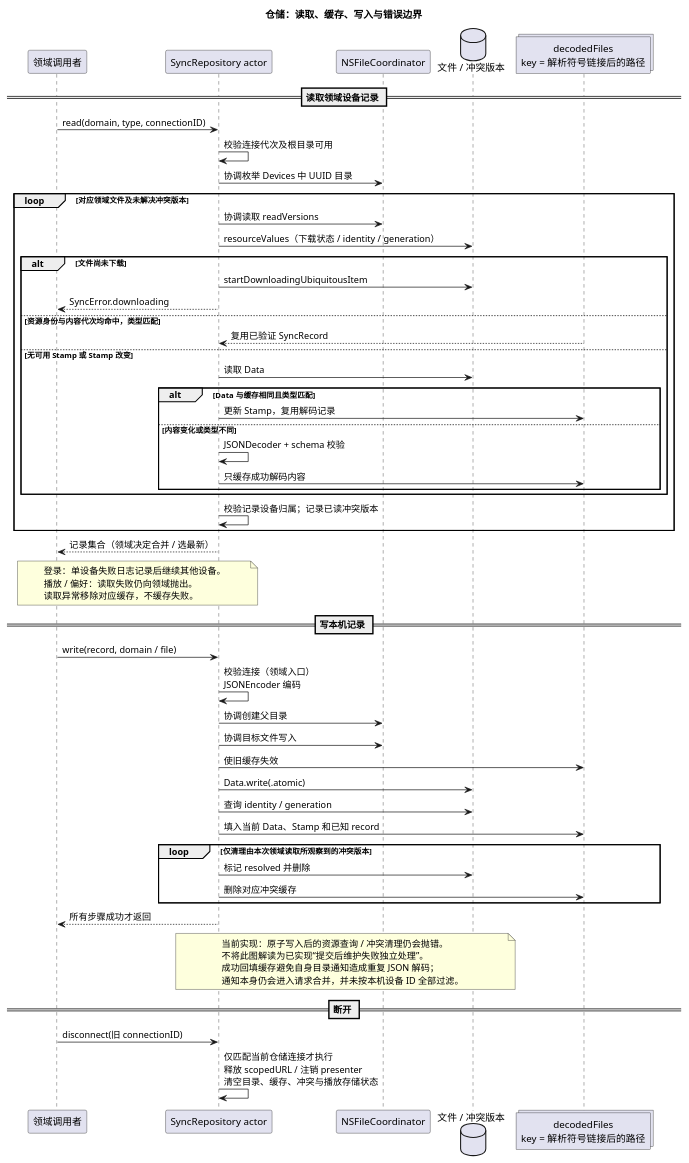
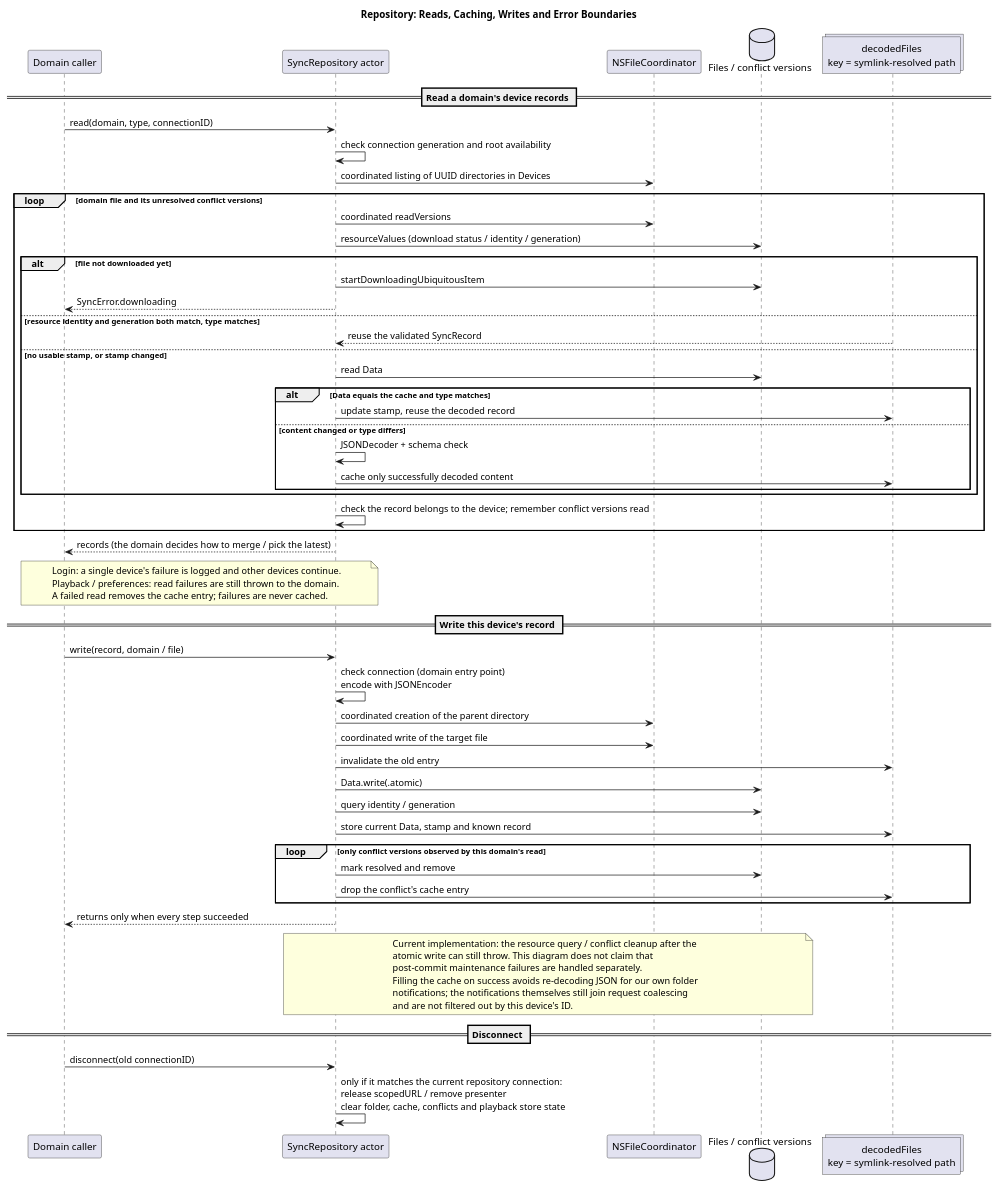
The diagram in docs/icloud-sync/repository.puml (Aut-B/kumone), drawn with PlantUML before and after one commit. The commit also changed 15 other files, not shown here.

Commit message:
docs(sync): translate sync diagrams to English

```diff
--- a/docs/icloud-sync/repository.puml
+++ b/docs/icloud-sync/repository.puml
@@ -1,66 +1,68 @@
 @startuml repository
-skinparam defaultFontName PingFang SC
+skinparam defaultFontName Helvetica
 skinparam shadowing false
-title 仓储：读取、缓存、写入与错误边界
+title Repository: Reads, Caching, Writes and Error Boundaries
 
-participant "领域调用者" as Domain
+participant "Domain caller" as Domain
 participant "SyncRepository actor" as Repo
 participant "NSFileCoordinator" as Coordinator
-database "文件 / 冲突版本" as File
-collections "decodedFiles\nkey = 解析符号链接后的路径" as Cache
+database "Files / conflict versions" as File
+collections "decodedFiles\nkey = symlink-resolved path" as Cache
 
-== 读取领域设备记录 ==
+== Read a domain's device records ==
 Domain -> Repo : read(domain, type, connectionID)
-Repo -> Repo : 校验连接代次及根目录可用
-Repo -> Coordinator : 协调枚举 Devices 中 UUID 目录
-loop 对应领域文件及未解决冲突版本
-  Repo -> Coordinator : 协调读取 readVersions
-  Repo -> File : resourceValues（下载状态 / identity / generation）
-  alt 文件尚未下载
+Repo -> Repo : check connection generation and root availability
+Repo -> Coordinator : coordinated listing of UUID directories in Devices
+loop domain file and its unresolved conflict versions
+  Repo -> Coordinator : coordinated readVersions
+  Repo -> File : resourceValues (download status / identity / generation)
+  alt file not downloaded yet
     Repo -> File : startDownloadingUbiquitousItem
     Repo --> Domain : SyncError.downloading
-  else 资源身份与内容代次均命中，类型匹配
-    Cache --> Repo : 复用已验证 SyncRecord
-  else 无可用 Stamp 或 Stamp 改变
-    Repo -> File : 读取 Data
-    alt Data 与缓存相同且类型匹配
-      Repo -> Cache : 更新 Stamp，复用解码记录
-    else 内容变化或类型不同
-      Repo -> Repo : JSONDecoder + schema 校验
-      Repo -> Cache : 只缓存成功解码内容
+  else resource identity and generation both match, type matches
+    Cache --> Repo : reuse the validated SyncRecord
+  else no usable stamp, or stamp changed
+    Repo -> File : read Data
+    alt Data equals the cache and type matches
+      Repo -> Cache : update stamp, reuse the decoded record
+    else content changed or type differs
+      Repo -> Repo : JSONDecoder + schema check
+      Repo -> Cache : cache only successfully decoded content
     end
   end
-  Repo -> Repo : 校验记录设备归属；记录已读冲突版本
+  Repo -> Repo : check the record belongs to the device; remember conflict versions read
 end
-Repo --> Domain : 记录集合（领域决定合并 / 选最新）
+Repo --> Domain : records (the domain decides how to merge / pick the latest)
 note over Repo,Domain
-  登录：单设备失败日志记录后继续其他设备。
-  播放 / 偏好：读取失败仍向领域抛出。
-  读取异常移除对应缓存，不缓存失败。
+  Login: a single device's failure is logged and other devices continue.
+  Playback / preferences: read failures are still thrown to the domain.
+  A failed read removes the cache entry; failures are never cached.
 end note
 
-== 写本机记录 ==
+== Write this device's record ==
 Domain -> Repo : write(record, domain / file)
-Repo -> Repo : 校验连接（领域入口）\nJSONEncoder 编码
-Repo -> Coordinator : 协调创建父目录
-Repo -> Coordinator : 协调目标文件写入
-Repo -> Cache : 使旧缓存失效
+Repo -> Repo : check connection (domain entry point)\nencode with JSONEncoder
+Repo -> Coordinator : coordinated creation of the parent directory
+Repo -> Coordinator : coordinated write of the target file
+Repo -> Cache : invalidate the old entry
 Repo -> File : Data.write(.atomic)
-Repo -> File : 查询 identity / generation
-Repo -> Cache : 填入当前 Data、Stamp 和已知 record
-loop 仅清理由本次领域读取所观察到的冲突版本
-  Repo -> File : 标记 resolved 并删除
-  Repo -> Cache : 删除对应冲突缓存
+Repo -> File : query identity / generation
+Repo -> Cache : store current Data, stamp and known record
+loop only conflict versions observed by this domain's read
+  Repo -> File : mark resolved and remove
+  Repo -> Cache : drop the conflict's cache entry
 end
-Repo --> Domain : 所有步骤成功才返回
+Repo --> Domain : returns only when every step succeeded
 note over Repo,File
-  当前实现：原子写入后的资源查询 / 冲突清理仍会抛错。
-  不将此图解读为已实现“提交后维护失败独立处理”。
-  成功回填缓存避免自身目录通知造成重复 JSON 解码；
-  通知本身仍会进入请求合并，并未按本机设备 ID 全部过滤。
+  Current implementation: the resource query / conflict cleanup after the
+  atomic write can still throw. This diagram does not claim that
+  post-commit maintenance failures are handled separately.
+  Filling the cache on success avoids re-decoding JSON for our own folder
+  notifications; the notifications themselves still join request coalescing
+  and are not filtered out by this device's ID.
 end note
 
-== 断开 ==
-Domain -> Repo : disconnect(旧 connectionID)
-Repo -> Repo : 仅匹配当前仓储连接才执行\n释放 scopedURL / 注销 presenter\n清空目录、缓存、冲突与播放存储状态
+== Disconnect ==
+Domain -> Repo : disconnect(old connectionID)
+Repo -> Repo : only if it matches the current repository connection:\nrelease scopedURL / remove presenter\nclear folder, cache, conflicts and playback store state
 @enduml
```
